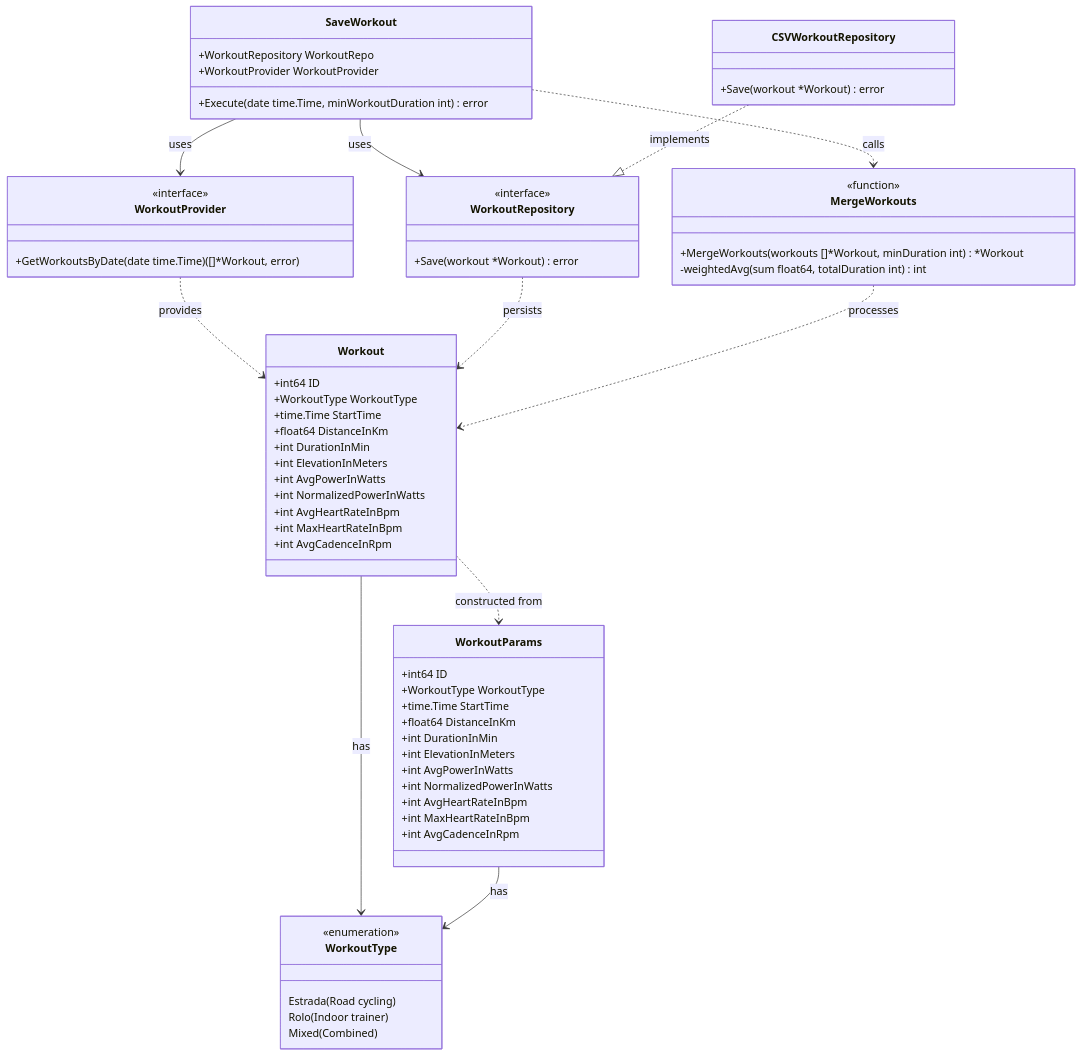
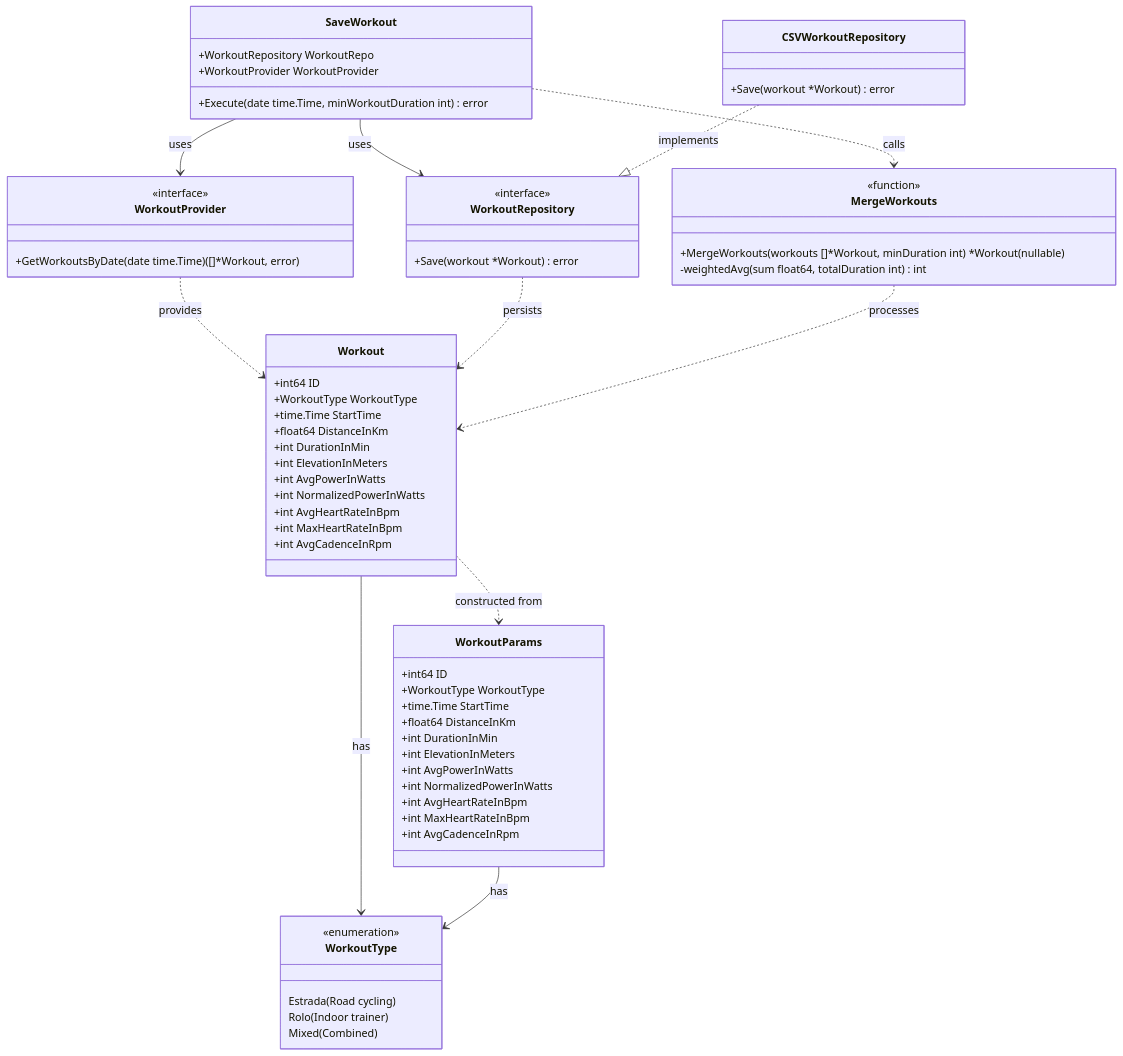
Before and after one commit to Raimundo82/cycling-ride-collector: the diagram in docs/diagrams/domain-model.md, drawn with Mermaid. The commit also changed other lines of this file, not shown here.

Commit message:
Clarify nullable return type and implementation notes in domain model

````diff
--- a/docs/diagrams/domain-model.md
+++ b/docs/diagrams/domain-model.md
@@ -5,82 +5,82 @@
 ```mermaid
 classDiagram
     %% Domain Layer
     class Workout {
         +int64 ID
         +WorkoutType WorkoutType
         +time.Time StartTime
         +float64 DistanceInKm
         +int DurationInMin
         +int ElevationInMeters
         +int AvgPowerInWatts
         +int NormalizedPowerInWatts
         +int AvgHeartRateInBpm
         +int MaxHeartRateInBpm
         +int AvgCadenceInRpm
     }
     
     class WorkoutType {
         <<enumeration>>
         Estrada (Road cycling)
         Rolo (Indoor trainer)
         Mixed (Combined)
     }
     
     class WorkoutParams {
         +int64 ID
         +WorkoutType WorkoutType
         +time.Time StartTime
         +float64 DistanceInKm
         +int DurationInMin
         +int ElevationInMeters
         +int AvgPowerInWatts
         +int NormalizedPowerInWatts
         +int AvgHeartRateInBpm
         +int MaxHeartRateInBpm
         +int AvgCadenceInRpm
     }
     
     %% Application Layer - Contracts
     class WorkoutProvider {
         <<interface>>
         +GetWorkoutsByDate(date time.Time) ([]*Workout, error)
     }
     
     class WorkoutRepository {
         <<interface>>
         +Save(workout *Workout) error
     }
     
     %% Application Layer - Use Cases
     class SaveWorkout {
         +WorkoutRepository WorkoutRepo
         +WorkoutProvider WorkoutProvider
         +Execute(date time.Time, minWorkoutDuration int) error
     }
     
     class MergeWorkouts {
         <<function>>
-        +MergeWorkouts(workouts []*Workout, minDuration int) *Workout
+        +MergeWorkouts(workouts []*Workout, minDuration int) *Workout (nullable)
         -weightedAvg(sum float64, totalDuration int) int
     }
     
     %% Infrastructure Layer
     class CSVWorkoutRepository {
         +Save(workout *Workout) error
     }
     
     %% Relationships
     Workout --> WorkoutType : has
     WorkoutParams --> WorkoutType : has
     Workout ..> WorkoutParams : constructed from
     
     SaveWorkout --> WorkoutRepository : uses
     SaveWorkout --> WorkoutProvider : uses
     SaveWorkout ..> MergeWorkouts : calls
     
     CSVWorkoutRepository ..|> WorkoutRepository : implements
     
     WorkoutProvider ..> Workout : provides
     WorkoutRepository ..> Workout : persists
     MergeWorkouts ..> Workout : processes
 ```
````
